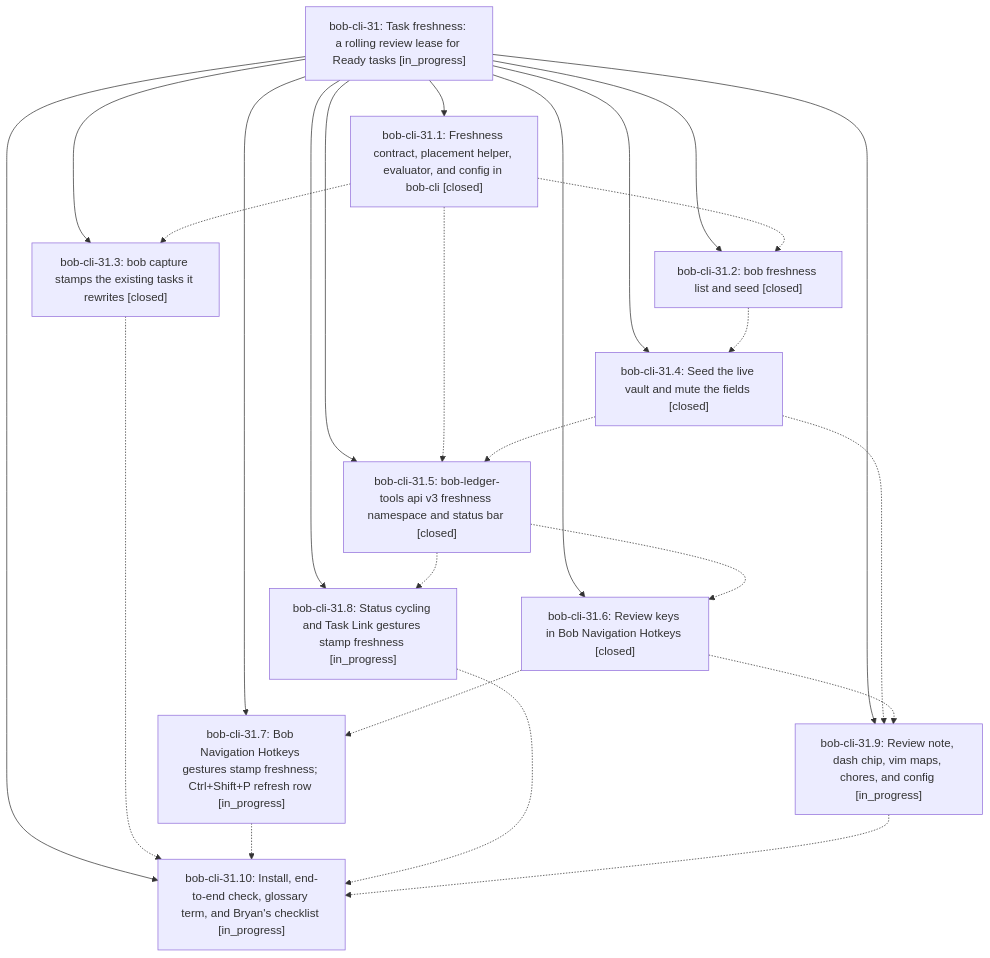
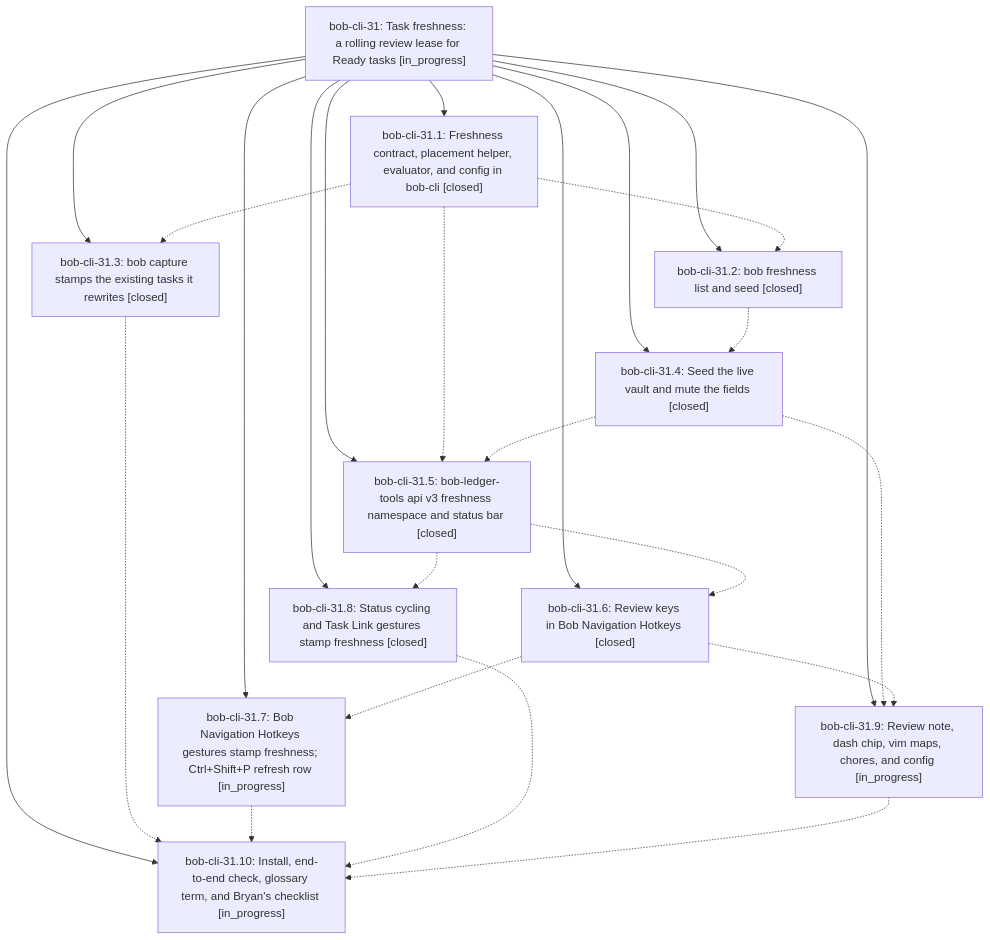
Before and after one commit to bobs-org/bob-cli--beads: the diagram in pages/bob-cli-31/README.md, drawn with Mermaid. The commit also changed other lines of this file and 4 other files, not shown here.

First line of the commit message:
chore(beads): sync bead state and pages for bob-cli-31

````diff
--- a/pages/bob-cli-31/README.md
+++ b/pages/bob-cli-31/README.md
@@ -31,38 +31,38 @@
 ```mermaid
 flowchart TD
     n0["bob-cli-31: Task freshness: a rolling review lease for Ready tasks [in_progress]"]
     n1["bob-cli-31.1: Freshness contract, placement helper, evaluator, and config in bob-cli [closed]"]
     n2["bob-cli-31.10: Install, end-to-end check, glossary term, and Bryan's checklist [in_progress]"]
     n3["bob-cli-31.2: bob freshness list and seed [closed]"]
     n4["bob-cli-31.3: bob capture stamps the existing tasks it rewrites [closed]"]
     n5["bob-cli-31.4: Seed the live vault and mute the fields [closed]"]
     n6["bob-cli-31.5: bob-ledger-tools api v3 freshness namespace and status bar [closed]"]
     n7["bob-cli-31.6: Review keys in Bob Navigation Hotkeys [closed]"]
     n8["bob-cli-31.7: Bob Navigation Hotkeys gestures stamp freshness; Ctrl+Shift+P refresh row [in_progress]"]
-    n9["bob-cli-31.8: Status cycling and Task Link gestures stamp freshness [in_progress]"]
+    n9["bob-cli-31.8: Status cycling and Task Link gestures stamp freshness [closed]"]
     n10["bob-cli-31.9: Review note, dash chip, vim maps, chores, and config [in_progress]"]
     n0 --> n1
     n0 --> n2
     n0 --> n3
     n0 --> n4
     n0 --> n5
     n0 --> n6
     n0 --> n7
     n0 --> n8
     n0 --> n9
     n0 --> n10
     n1 -.-> n3
     n1 -.-> n4
     n1 -.-> n6
     n3 -.-> n5
     n4 -.-> n2
     n5 -.-> n6
     n5 -.-> n10
     n6 -.-> n7
     n6 -.-> n9
     n7 -.-> n8
     n7 -.-> n10
     n8 -.-> n2
     n9 -.-> n2
     n10 -.-> n2
 ```
````
